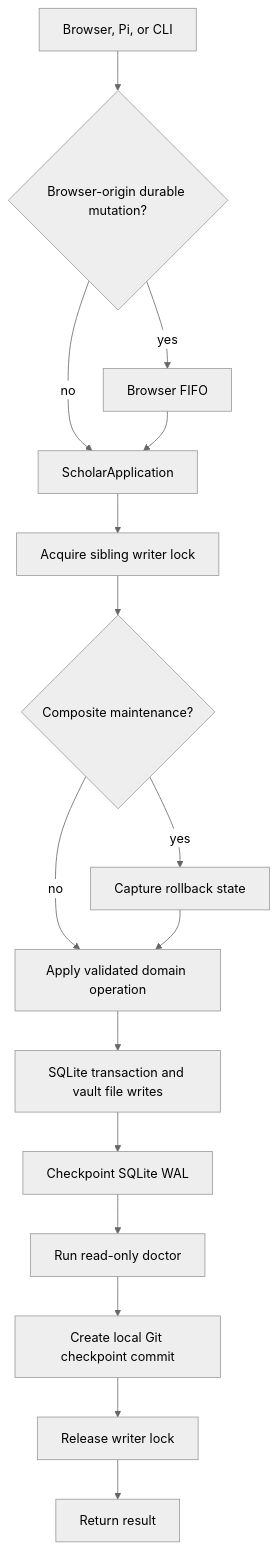
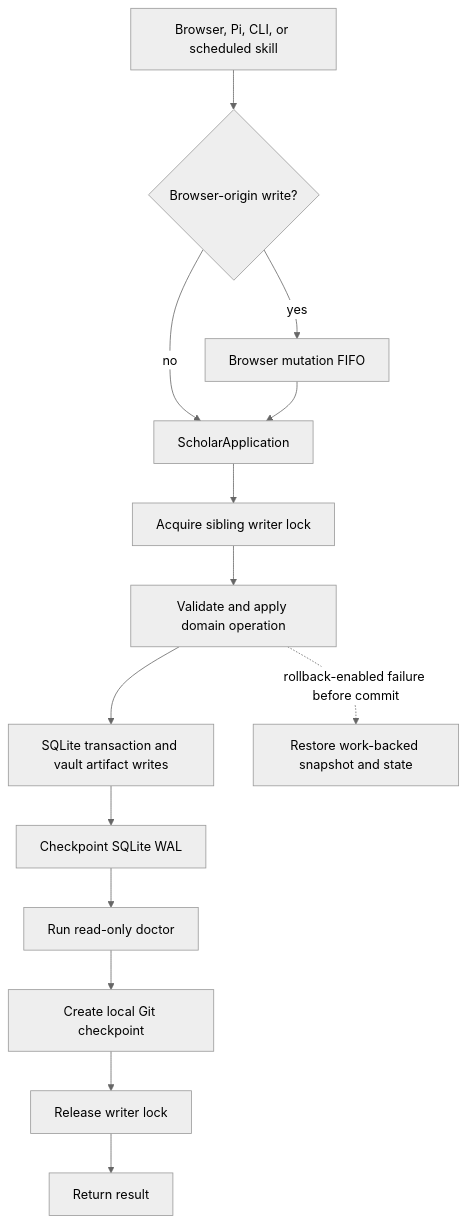
The second of 4 diagrams in pi-scholar-system.md (N-F9/pi-scholar), drawn with Mermaid (neutral theme) before and after one commit. The commit also changed other lines of this file and 26 other files, not shown here.

````diff
--- a/pi-scholar-system.md
+++ b/pi-scholar-system.md
@@ -269,18 +224,16 @@
 ```mermaid
 flowchart TD
-  Interface["Browser, Pi, or CLI"] --> Origin{"Browser-origin durable mutation?"}
-  Origin -- yes --> FIFO["Browser FIFO"]
-  Origin -- no --> App["ScholarApplication"]
+  Interface["Browser, Pi, CLI, or scheduled skill"] --> BrowserOrigin{"Browser-origin write?"}
+  BrowserOrigin -- "yes" --> FIFO["Browser mutation FIFO"]
+  BrowserOrigin -- "no" --> App["ScholarApplication"]
   FIFO --> App
   App --> Lock["Acquire sibling writer lock"]
-  Lock --> Maintenance{"Composite maintenance?"}
-  Maintenance -- yes --> Capture["Capture rollback state"]
-  Maintenance -- no --> Domain["Apply validated domain operation"]
-  Capture --> Domain
-  Domain --> State["SQLite transaction and vault file writes"]
+  Lock --> Domain["Validate and apply domain operation"]
+  Domain --> State["SQLite transaction and vault artifact writes"]
   State --> Checkpoint["Checkpoint SQLite WAL"]
   Checkpoint --> Doctor["Run read-only doctor"]
-  Doctor --> Git["Create local Git checkpoint commit"]
-  Git --> Release["Release writer lock"]
+  Doctor --> Commit["Create local Git checkpoint"]
+  Commit --> Release["Release writer lock"]
   Release --> Result["Return result"]
+  Domain -. "rollback-enabled failure before commit" .-> Restore["Restore work-backed snapshot and state"]
 ```
````
